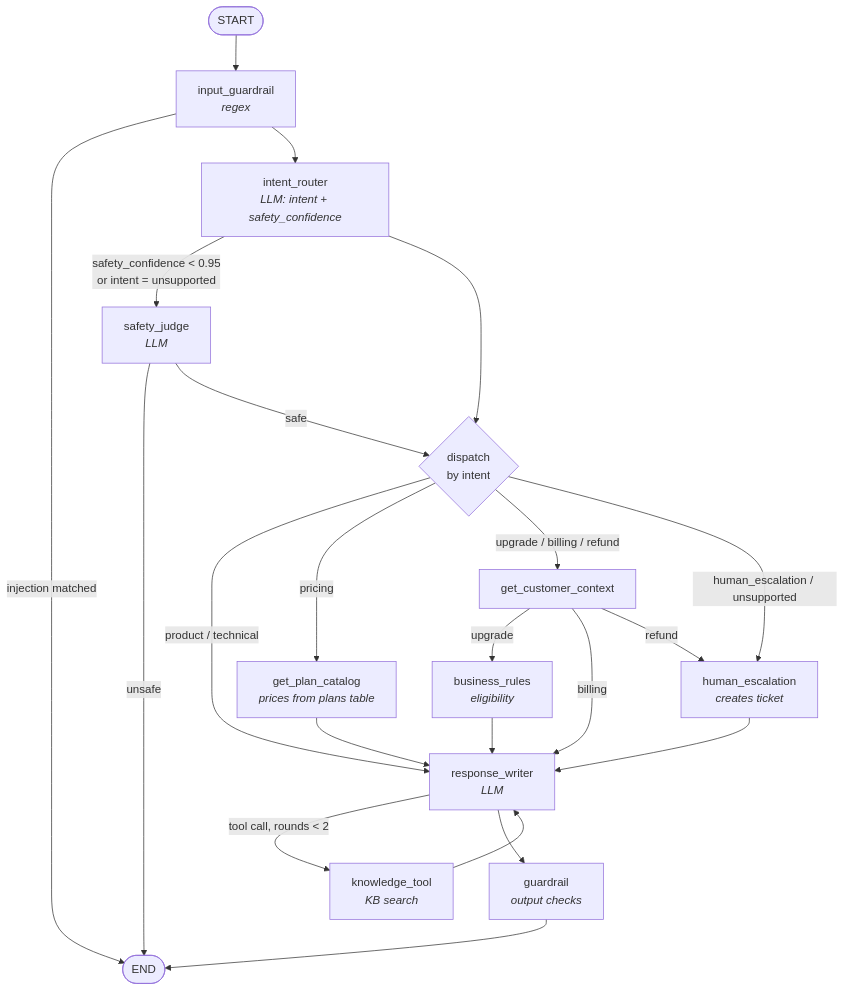
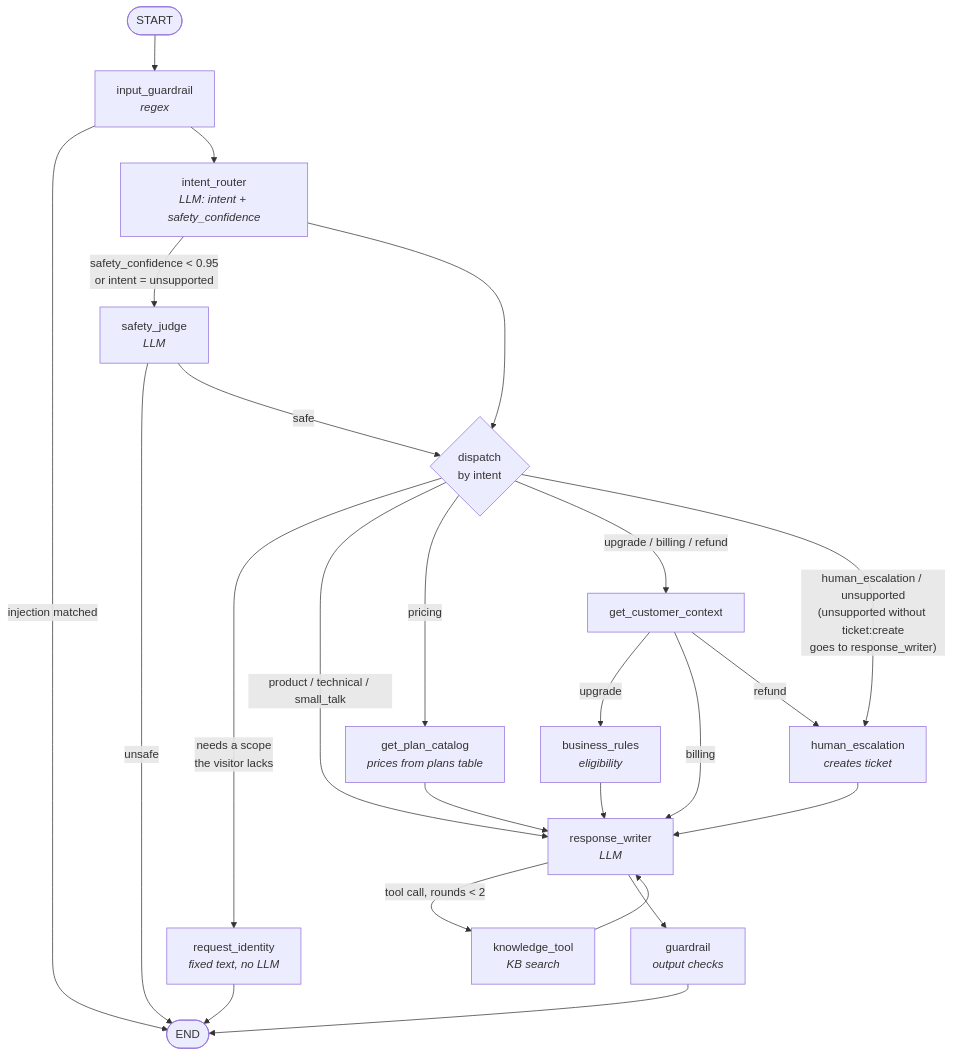
One commit to TheMutsi/ai-sales-support-agent changed the second of 2 diagrams in docs/architecture.md. Above: the diagram before and after it, drawn with Mermaid. The commit also changed other lines of this file and 3 other files, not shown here.

First line of the commit message:
Document the identity model: ADR-0014, the architecture map and the Stage 10a status (#88)

````diff
--- a/docs/architecture.md
+++ b/docs/architecture.md
@@ -33,24 +36,26 @@
 ```mermaid
 flowchart TD
   start([START]) --> ig[input_guardrail<br/><i>regex</i>]
   ig -- injection matched --> stop([END])
   ig --> ir[intent_router<br/><i>LLM: intent + safety_confidence</i>]
   ir -- "safety_confidence < 0.95<br/>or intent = unsupported" --> sj[safety_judge<br/><i>LLM</i>]
   sj -- unsafe --> stop
   ir --> dispatch{dispatch<br/>by intent}
   sj -- safe --> dispatch
-  dispatch -- "product / technical" --> rw
+  dispatch -- "needs a scope<br/>the visitor lacks" --> ri[request_identity<br/><i>fixed text, no LLM</i>]
+  ri --> stop
+  dispatch -- "product / technical / small_talk" --> rw
   dispatch -- pricing --> pc[get_plan_catalog<br/><i>prices from plans table</i>]
   dispatch -- "upgrade / billing / refund" --> cc[get_customer_context]
-  dispatch -- "human_escalation / unsupported" --> he
+  dispatch -- "human_escalation / unsupported<br/>(unsupported without ticket:create<br/>goes to response_writer)" --> he
   cc -- upgrade --> br[business_rules<br/><i>eligibility</i>]
   cc -- billing --> rw
   cc -- refund --> he[human_escalation<br/><i>creates ticket</i>]
   br --> rw[response_writer<br/><i>LLM</i>]
   pc --> rw
   he --> rw
   rw -- "tool call, rounds < 2" --> kt[knowledge_tool<br/><i>KB search</i>]
   kt --> rw
   rw --> gr[guardrail<br/><i>output checks</i>]
   gr --> stop
 ```
````
